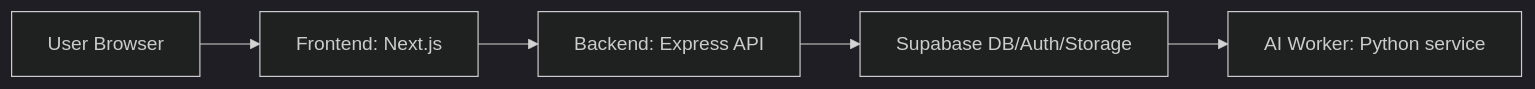
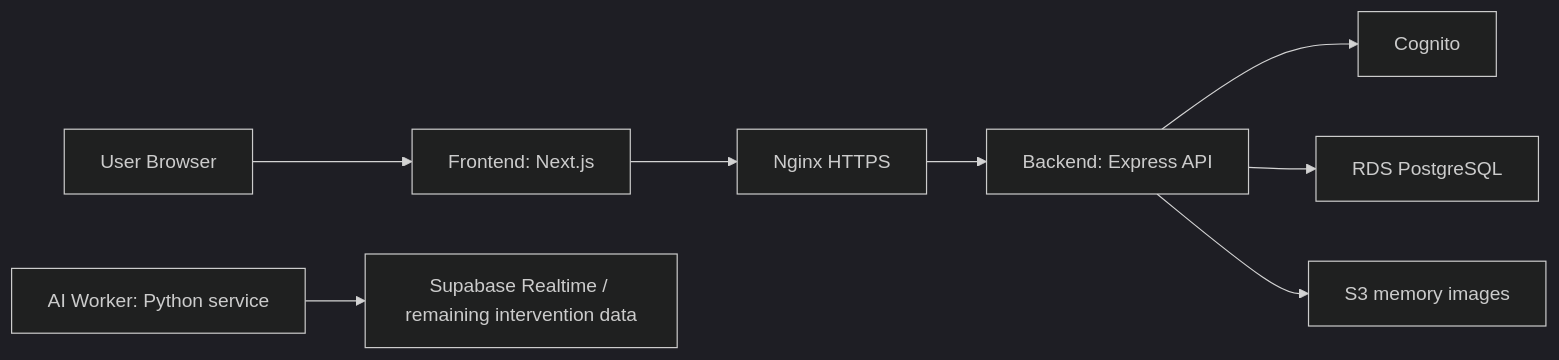
One commit to jungho970720-sketch/Moodot-cloud changed the diagram in docs/architecture.md. Above: the diagram before and after it, drawn with Mermaid (dark theme). The commit also changed other lines of this file and 3 other files, not shown here.

Commit message:
feat: add rds intervention support

````diff
--- a/docs/architecture.md
+++ b/docs/architecture.md
@@ -13,7 +13,10 @@
 ```mermaid
 flowchart LR
     U["User Browser"] --> FE["Frontend: Next.js"]
-    FE --> BE["Backend: Express API"]
-    BE --> SB["Supabase DB/Auth/Storage"]
-    SB --> AI["AI Worker: Python service"]
+    FE --> NX["Nginx HTTPS"]
+    NX --> BE["Backend: Express API"]
+    BE --> CG["Cognito"]
+    BE --> RDS["RDS PostgreSQL"]
+    BE --> S3["S3 memory images"]
+    AI["AI Worker: Python service"] --> SB["Supabase Realtime / remaining intervention data"]
 ```
````
